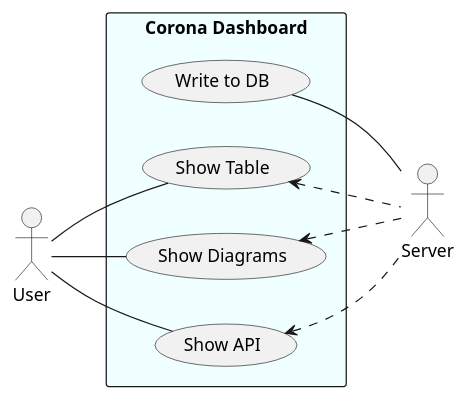
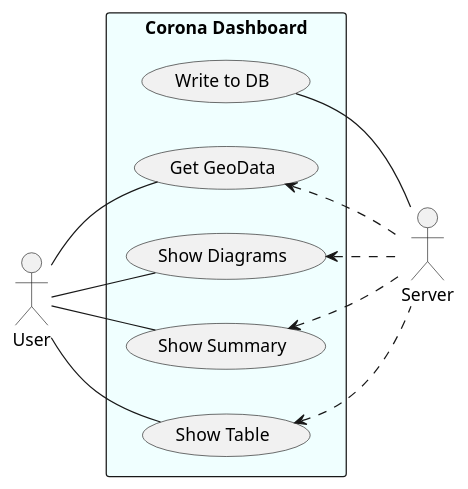
One commit to FelixGeisler/CoronaDashboard changed the first of 2 diagrams in docs/uml.md. Above: the diagram before and after it, drawn with PlantUML. The commit also changed 1 other file, not shown here.

Commit message:
Update uml.

````diff
--- a/docs/uml.md
+++ b/docs/uml.md
@@ -4,19 +4,22 @@
 ```plantuml
 left to right direction
 skinparam packagestyle rectangle
 Server as S
 actor User as U
 
 rectangle "Corona Dashboard" #azure {
     S -- (Write to DB)
-    
-    U -- (Show Table)
-    (Show Table) <.. S
-    
+
+    U -- (Get GeoData)
+    (Get GeoData) <.. S
+
     U -- (Show Diagrams)
     (Show Diagrams) <.. S
 
-    U -- (Show API)
-    (Show API) <.. S
+    U -- (Show Summary)
+    (Show Summary) <.. S
+
+    U -- (Show Table)
+    (Show Table) <.. S
 }
 ```
````
